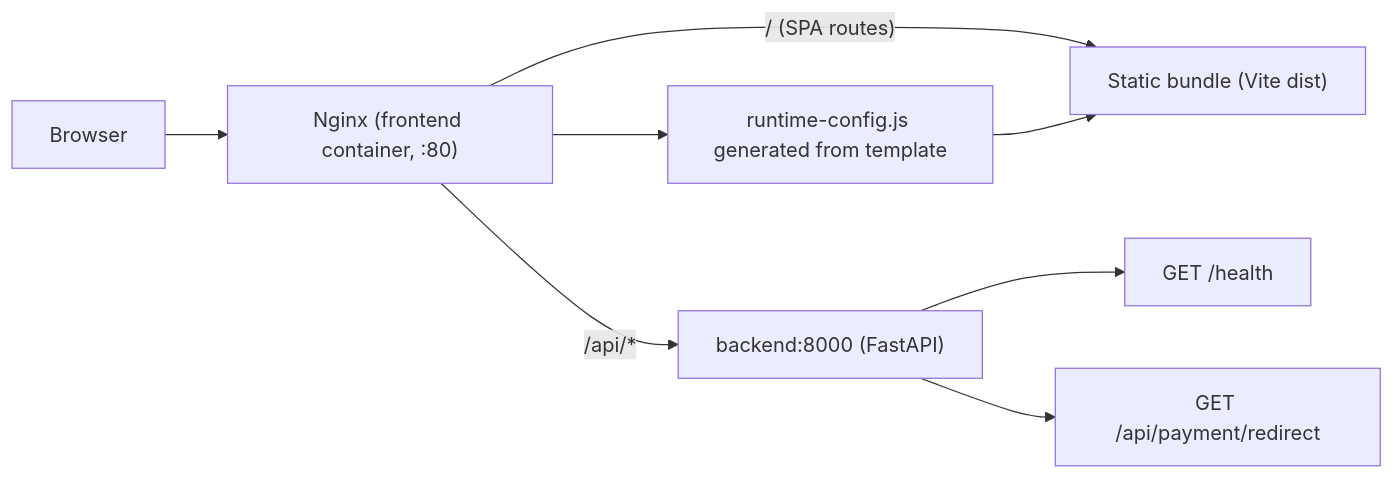
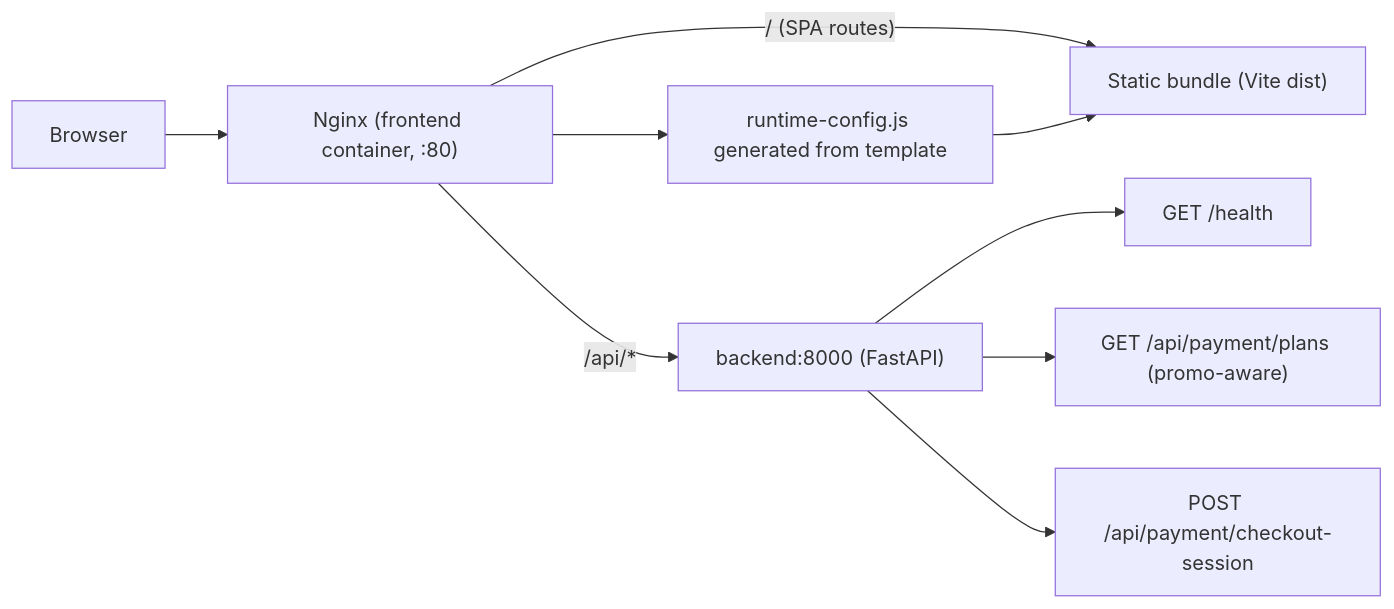
One commit to Bukrinskiy/dating-quiz-mvp changed the second of 2 diagrams in docs/02-architecture.md. Above: the diagram before and after it, drawn with Mermaid. The commit also changed other lines of this file and 48 other files, not shown here.

First line of the commit message:
feat(payment): complete redirect flow with request logging, analytics, and UX updates

````diff
--- a/docs/02-architecture.md
+++ b/docs/02-architecture.md
@@ -16,10 +16,11 @@
 ```mermaid
 flowchart LR
   br["Browser"] --> ng["Nginx (frontend container, :80)"]
   ng -->|"/ (SPA routes)"| spa["Static bundle (Vite dist)"]
   ng -->|"/api/*"| api["backend:8000 (FastAPI)"]
   ng --> rc["runtime-config.js generated from template"]
   rc --> spa
   api --> health["GET /health"]
-  api --> pay["GET /api/payment/redirect"]
+  api --> plans["GET /api/payment/plans (promo-aware)"]
+  api --> checkout["POST /api/payment/checkout-session"]
 ```
````
